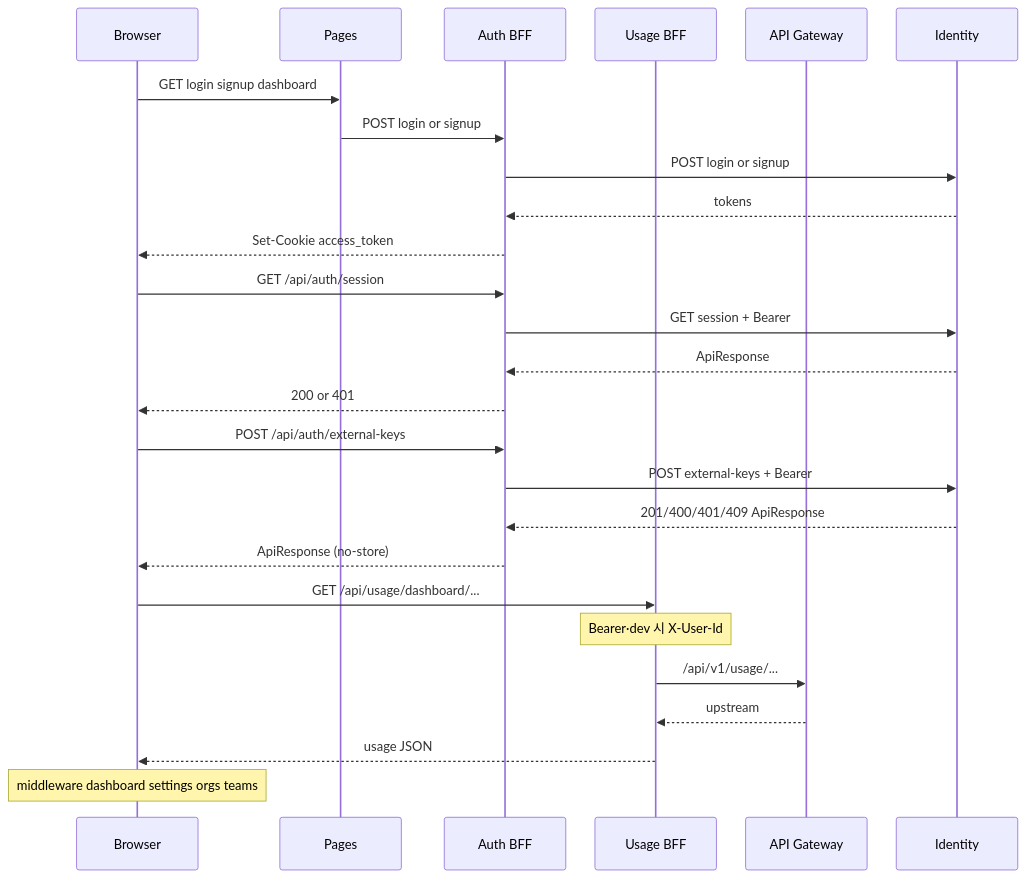
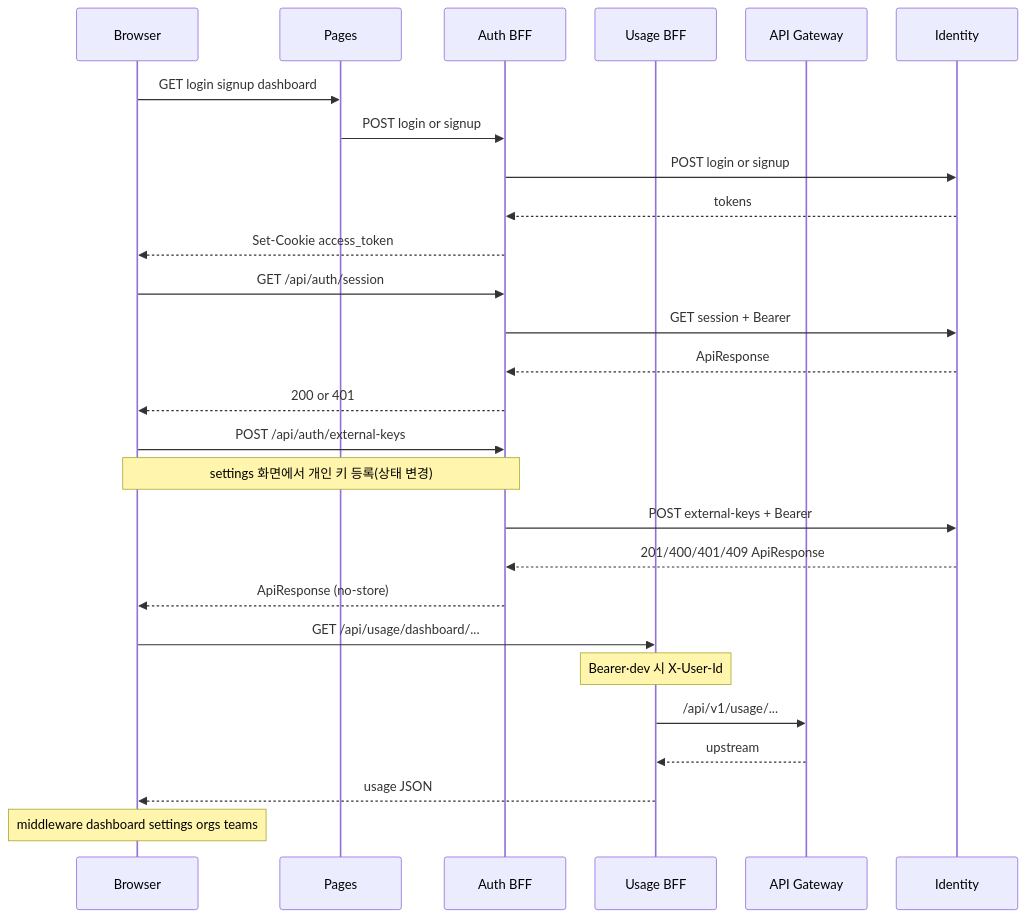
The ninth of 11 diagrams in docs/c4-architecture-diagrams.md (Zero-Bug-Freinds/ai-api-usage-monitor), drawn with Mermaid before and after one commit. The commit also changed other lines of this file and 1 other file, not shown here.

First line of the commit message:
[docs] docs/c4-architecture-diagrams.md는 W1 컴포넌트 박스를 구체화, W2 시퀀스에 “settings에서 호출” 노트를 추가, docs/class-diagram.md Identity 섹션에 예외 2개 추가 GlobalExceptionHandler와의 관계 연결

````diff
--- a/docs/c4-architecture-diagrams.md
+++ b/docs/c4-architecture-diagrams.md
@@ -386,34 +386,35 @@
 ```mermaid
 %%{init: {'sequence': {'actorMargin': 36, 'messageMargin': 18}}}%%
 sequenceDiagram
   participant B as Browser
   participant P as Pages
   participant H as Auth BFF
   participant U as Usage BFF
   participant GW as API Gateway
   participant I as Identity
 
   B->>P: GET login signup dashboard
   P->>H: POST login or signup
   H->>I: POST login or signup
   I-->>H: tokens
   H-->>B: Set-Cookie access_token
 
   B->>H: GET /api/auth/session
   H->>I: GET session + Bearer
   I-->>H: ApiResponse
   H-->>B: 200 or 401
 
   B->>H: POST /api/auth/external-keys
+  Note over B,H: settings 화면에서 개인 키 등록(상태 변경)
   H->>I: POST external-keys + Bearer
   I-->>H: 201/400/401/409 ApiResponse
   H-->>B: ApiResponse (no-store)
 
   B->>U: GET /api/usage/dashboard/...
   Note over U: Bearer·dev 시 X-User-Id
   U->>GW: /api/v1/usage/...
   GW-->>U: upstream
   U-->>B: usage JSON
 
   Note over B: middleware dashboard settings orgs teams
 ```
````
